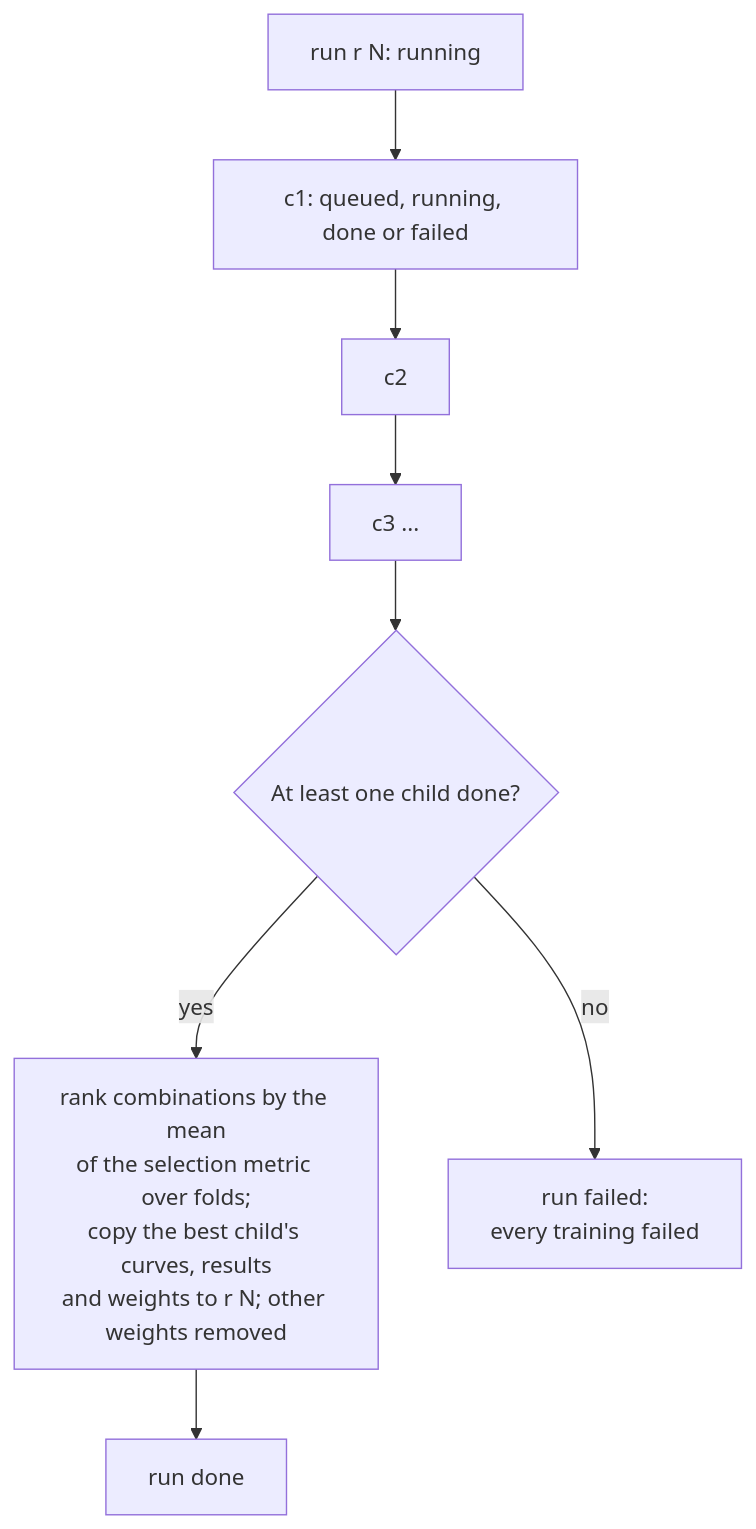
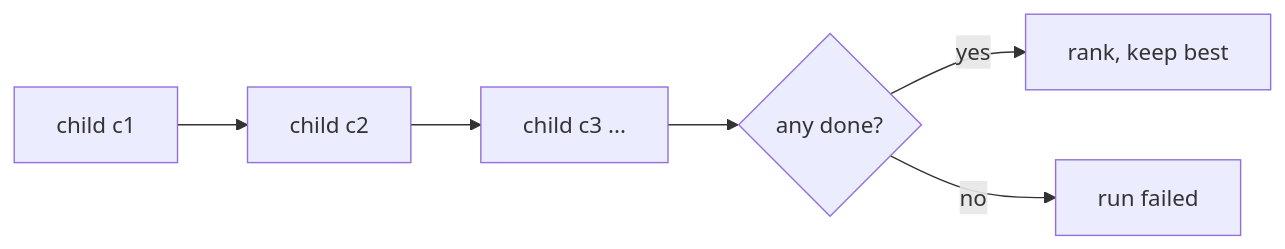
The seventh of 8 diagrams in docs/ARCHITECTURE.md (karemdm/activelabel), drawn with Mermaid before and after one commit. The commit also changed other lines of this file and 3 other files, not shown here.

Commit message:
docs: redraw the diagrams with short labels and simple layouts so nothing overlaps (#220)

````diff
--- a/docs/ARCHITECTURE.md
+++ b/docs/ARCHITECTURE.md
@@ -219,9 +185,6 @@
 ```mermaid
-flowchart TB
-  R["run r N: running"] --> C1["c1: queued, running, done or failed"]
-  C1 --> C2["c2"] --> C3["c3 ..."]
-  C3 --> F{"At least one child done?"}
-  F -- "yes" --> RK["rank combinations by the mean<br/>of the selection metric over folds;<br/>copy the best child's curves, results<br/>and weights to r N; other weights removed"]
-  F -- "no" --> X["run failed:<br/>every training failed"]
-  RK --> D["run done"]
+flowchart LR
+  C1["child c1"] --> C2["child c2"] --> C3["child c3 ..."] --> Q{"any done?"}
+  Q -- yes --> OK["rank, keep best"]
+  Q -- no --> NO["run failed"]
 ```
````
